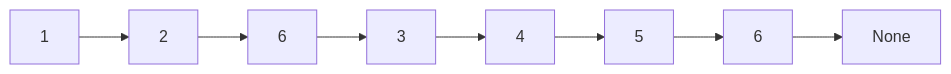
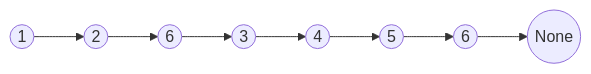
Before and after one commit to russhustle/leetpattern: the first of 8 diagrams in docs/leetpattern/linked_list.md, drawn with Mermaid. The commit also changed other lines of this file and 36 other files, not shown here.

````diff
--- a/docs/leetpattern/linked_list.md
+++ b/docs/leetpattern/linked_list.md
@@ -13,10 +13,10 @@
 ```mermaid
 graph LR
-A[1] --> B[2]
-B --> C[6]
-C --> D[3]
-D --> E[4]
-E --> F[5]
-F --> G[6]
-G --> H[None]
+A((1)) --> B((2))
+B --> C((6))
+C --> D((3))
+D --> E((4))
+E --> F((5))
+F --> G((6))
+G --> H((None))
 ```
````
